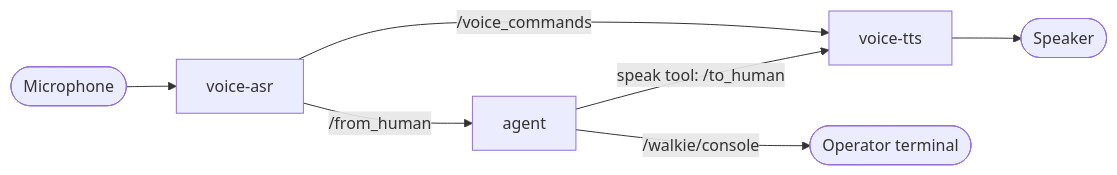
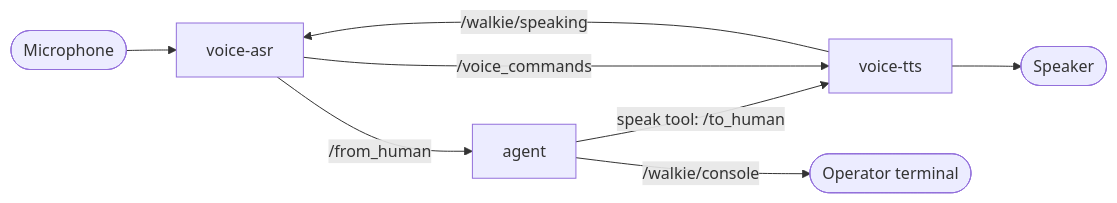
One commit to EIC-Robocup-2026/walkie-agent-ros changed the diagram in docs/setup/07-voice.md. Above: the diagram before and after it, drawn with Mermaid. The commit also changed other lines of this file and 6 other files, not shown here.

````diff
--- a/docs/setup/07-voice.md
+++ b/docs/setup/07-voice.md
@@ -12,9 +12,10 @@
 ```mermaid
 flowchart LR
     mic([Microphone]) --> asr[voice-asr]
     asr -- "/from_human" --> agent[agent]
     agent -- "speak tool: /to_human" --> tts[voice-tts]
     tts --> spk([Speaker])
     asr -- "/voice_commands" --> tts
+    tts -- "/walkie/speaking" --> asr
     agent -- "/walkie/console" --> op([Operator terminal])
 ```
````
